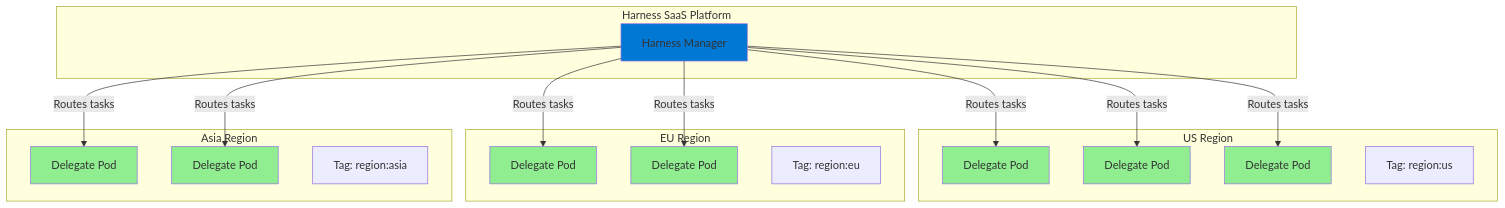
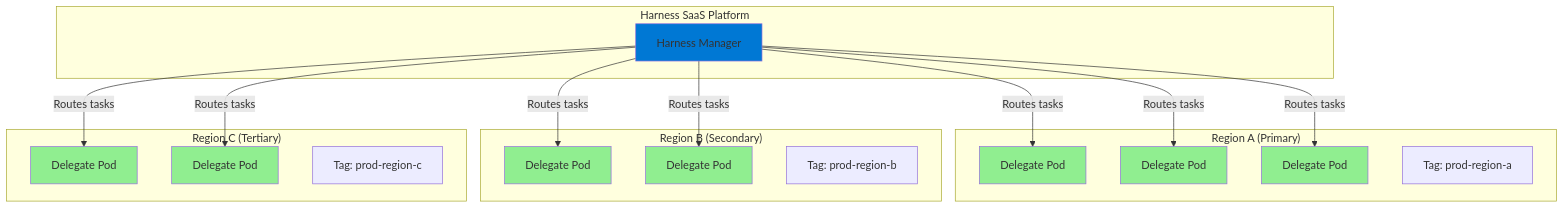
One commit to harness/developer-hub changed the first of 4 diagrams in docs/platform/delegates-v2/disaster-recovery-strategy.md. Above: the diagram before and after it, drawn with Mermaid. The commit also changed other lines of this file, not shown here.

First line of the commit message:
Updated Delegate DR strategy (#101894)

````diff
--- a/docs/platform/delegates-v2/disaster-recovery-strategy.md
+++ b/docs/platform/delegates-v2/disaster-recovery-strategy.md
@@ -25,42 +25,42 @@
 ```mermaid
 graph TB
     subgraph "Harness SaaS Platform"
         HM[Harness Manager]
     end
     
-    subgraph "US Region"
-        US1[Delegate Pod]
-        US2[Delegate Pod]
-        US3[Delegate Pod]
-        USTag[Tag: region:us]
+    subgraph "Region A (Primary)"
+        R1A[Delegate Pod]
+        R1B[Delegate Pod]
+        R1C[Delegate Pod]
+        R1Tag[Tag: prod-region-a]
     end
     
-    subgraph "EU Region"
-        EU1[Delegate Pod]
-        EU2[Delegate Pod]
-        EUTag[Tag: region:eu]
+    subgraph "Region B (Secondary)"
+        R2A[Delegate Pod]
+        R2B[Delegate Pod]
+        R2Tag[Tag: prod-region-b]
     end
     
-    subgraph "Asia Region"
-        AS1[Delegate Pod]
-        AS2[Delegate Pod]
-        ASTag[Tag: region:asia]
+    subgraph "Region C (Tertiary)"
+        R3A[Delegate Pod]
+        R3B[Delegate Pod]
+        R3Tag[Tag: prod-region-c]
     end
     
-    HM -->|Routes tasks| US1
-    HM -->|Routes tasks| US2
-    HM -->|Routes tasks| US3
-    HM -->|Routes tasks| EU1
-    HM -->|Routes tasks| EU2
-    HM -->|Routes tasks| AS1
-    HM -->|Routes tasks| AS2
+    HM -->|Routes tasks| R1A
+    HM -->|Routes tasks| R1B
+    HM -->|Routes tasks| R1C
+    HM -->|Routes tasks| R2A
+    HM -->|Routes tasks| R2B
+    HM -->|Routes tasks| R3A
+    HM -->|Routes tasks| R3B
     
     style HM fill:#0078D4
-    style US1 fill:#90EE90
-    style US2 fill:#90EE90
-    style US3 fill:#90EE90
-    style EU1 fill:#90EE90
-    style EU2 fill:#90EE90
-    style AS1 fill:#90EE90
-    style AS2 fill:#90EE90
+    style R1A fill:#90EE90
+    style R1B fill:#90EE90
+    style R1C fill:#90EE90
+    style R2A fill:#90EE90
+    style R2B fill:#90EE90
+    style R3A fill:#90EE90
+    style R3B fill:#90EE90
 ```
````
